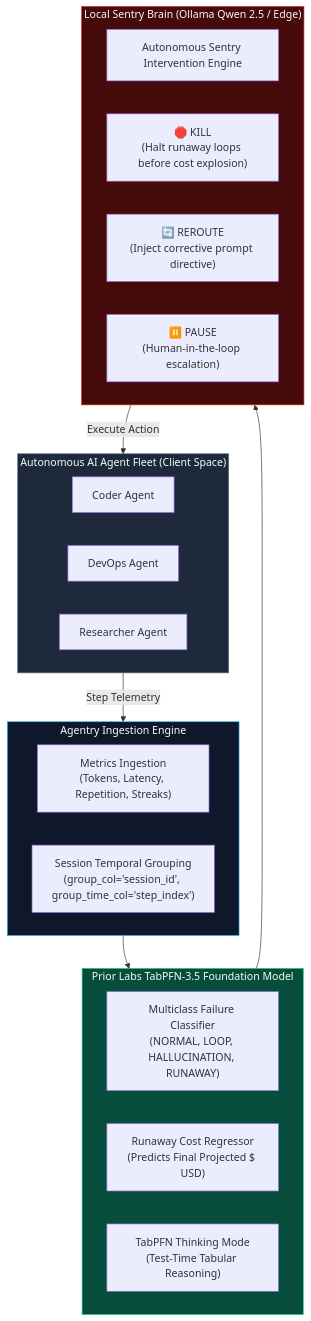
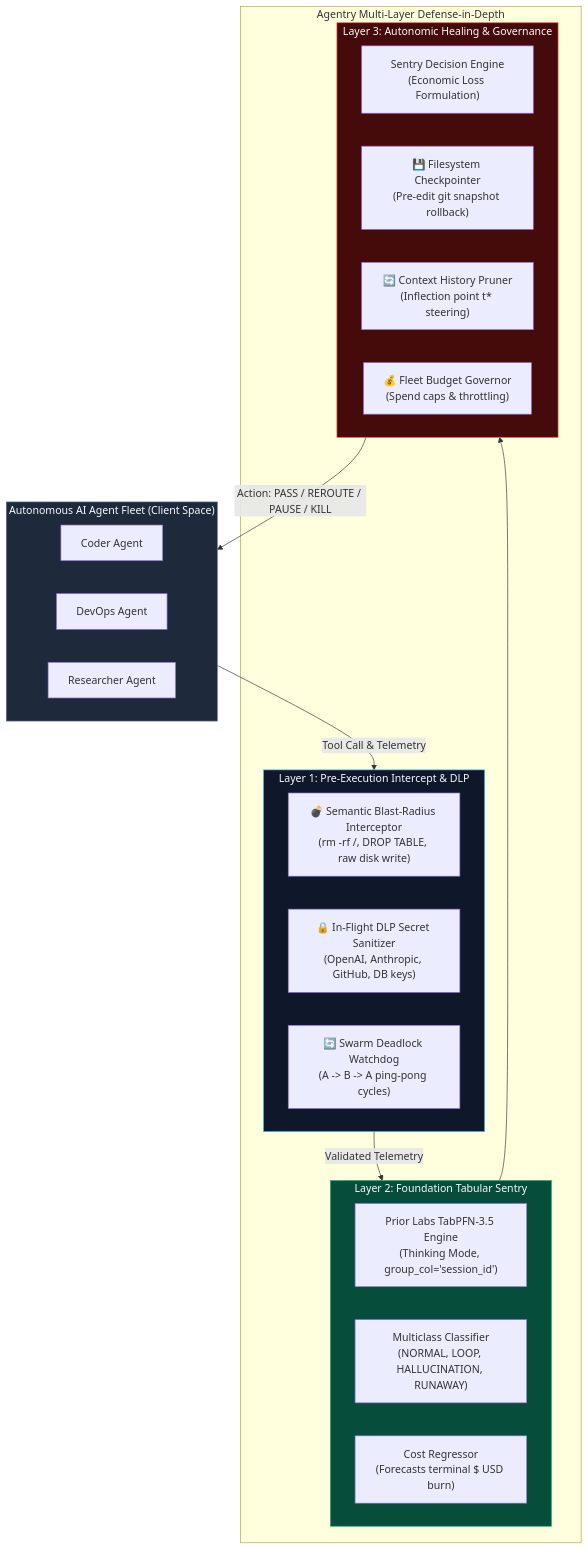
One commit to IrrhammCode/agentry changed the diagram in README.md. Above: the diagram before and after it, drawn with Mermaid. The commit also changed other lines of this file and 14 other files, not shown here.

````diff
--- a/README.md
+++ b/README.md
@@ -56,36 +79,39 @@
 ```mermaid
 flowchart TD
     subgraph Fleet ["Autonomous AI Agent Fleet (Client Space)"]
         A1["Coder Agent"]
         A2["DevOps Agent"]
         A3["Researcher Agent"]
     end
 
-    subgraph Telemetry ["Agentry Ingestion Engine"]
-        T1["Metrics Ingestion<br/>(Tokens, Latency, Repetition, Streaks)"]
-        T2["Session Temporal Grouping<br/>(group_col='session_id', group_time_col='step_index')"]
+    subgraph Defense ["Agentry Multi-Layer Defense-in-Depth"]
+        subgraph Layer1 ["Layer 1: Pre-Execution Intercept & DLP"]
+            BR["💣 Semantic Blast-Radius Interceptor<br/>(rm -rf /, DROP TABLE, raw disk write)"]
+            DLP["🔒 In-Flight DLP Secret Sanitizer<br/>(OpenAI, Anthropic, GitHub, DB keys)"]
+            SW["🔄 Swarm Deadlock Watchdog<br/>(A -> B -> A ping-pong cycles)"]
+        end
+
+        subgraph Layer2 ["Layer 2: Foundation Tabular Sentry"]
+            Tab["Prior Labs TabPFN-3.5 Engine<br/>(Thinking Mode, group_col='session_id')"]
+            C1["Multiclass Classifier<br/>(NORMAL, LOOP, HALLUCINATION, RUNAWAY)"]
+            R1["Cost Regressor<br/>(Forecasts terminal $ USD burn)"]
+        end
+
+        subgraph Layer3 ["Layer 3: Autonomic Healing & Governance"]
+            Decide["Sentry Decision Engine<br/>(Economic Loss Formulation)"]
+            FS["💾 Filesystem Checkpointer<br/>(Pre-edit git snapshot rollback)"]
+            TH["🔄 Context History Pruner<br/>(Inflection point t* steering)"]
+            BG["💰 Fleet Budget Governor<br/>(Spend caps & throttling)"]
+        end
     end
 
-    subgraph TabPFN ["Prior Labs TabPFN-3.5 Foundation Model"]
-        C1["Multiclass Failure Classifier<br/>(NORMAL, LOOP, HALLUCINATION, RUNAWAY)"]
-        R1["Runaway Cost Regressor<br/>(Predicts Final Projected $ USD)"]
-        TM["TabPFN Thinking Mode<br/>(Test-Time Tabular Reasoning)"]
-    end
-
-    subgraph Sentry ["Local Sentry Brain (Ollama Qwen 2.5 / Edge)"]
-        Decide["Autonomous Sentry Intervention Engine"]
-        K1["🛑 KILL<br/>(Halt runaway loops before cost explosion)"]
-        R2["🔄 REROUTE<br/>(Inject corrective prompt directive)"]
-        P1["⏸️ PAUSE<br/>(Human-in-the-loop escalation)"]
-    end
-
-    Fleet -->|Step Telemetry| Telemetry
-    Telemetry --> TabPFN
-    TabPFN --> Sentry
-    Sentry -->|Execute Action| Fleet
+    Fleet -->|Tool Call & Telemetry| Layer1
+    Layer1 -->|Validated Telemetry| Layer2
+    Layer2 --> Layer3
+    Layer3 -->|Action: PASS / REROUTE / PAUSE / KILL| Fleet
 
     style Fleet fill:#1E293B,stroke:#64748B,color:#F8FAFC
-    style Telemetry fill:#0F172A,stroke:#38BDF8,color:#F8FAFC
-    style TabPFN fill:#064E3B,stroke:#10B981,color:#F8FAFC
-    style Sentry fill:#450A0A,stroke:#EF4444,color:#F8FAFC
+    style Layer1 fill:#0F172A,stroke:#38BDF8,color:#F8FAFC
+    style Layer2 fill:#064E3B,stroke:#10B981,color:#F8FAFC
+    style Layer3 fill:#450A0A,stroke:#EF4444,color:#F8FAFC
 ```
````
